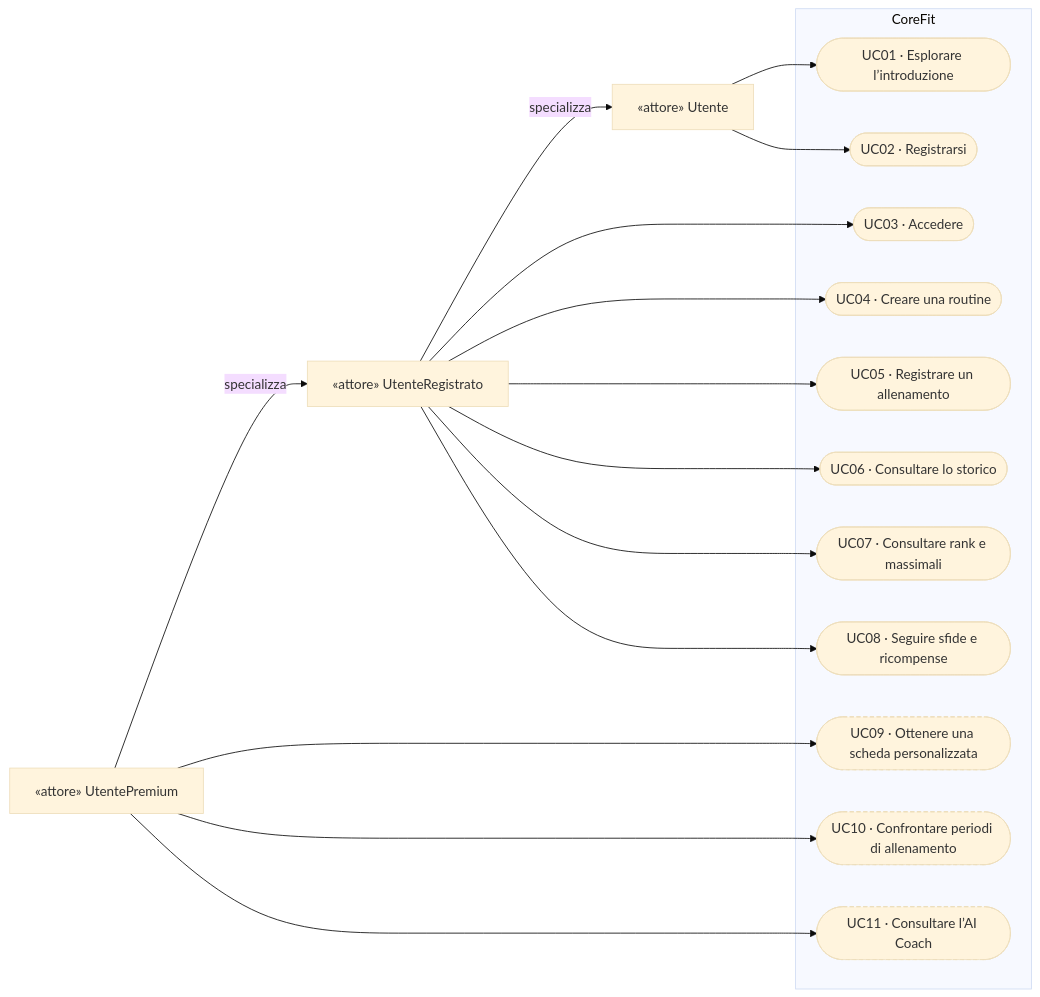
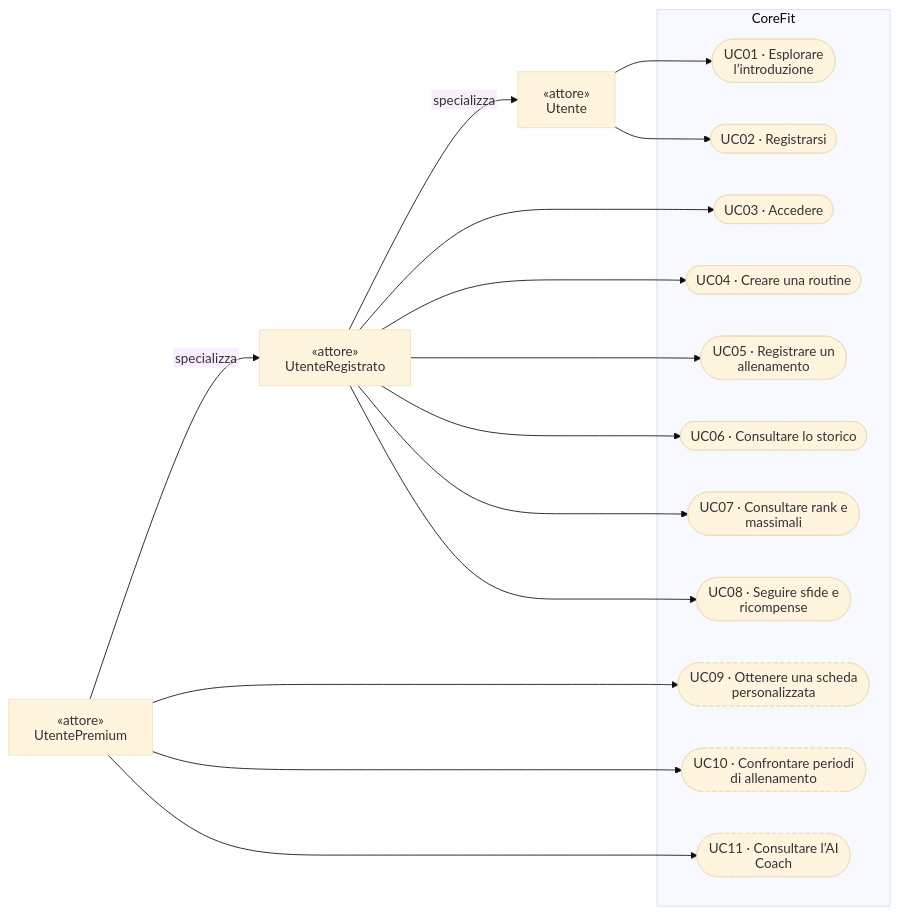
The diagram in README.md (ssirto/CoreFit), drawn with Mermaid (base theme) before and after one commit.

Commit message:
docs: show full actor names in the use case diagram

````diff
--- a/README.md
+++ b/README.md
@@ -81,37 +81,41 @@
 ```mermaid
+---
+config:
+  htmlLabels: false
+---
 flowchart LR
-    U["«attore» Utente"]
-    R["«attore» UtenteRegistrato"]
-    P["«attore» UtentePremium"]
+    U["«attore»<br/>Utente"]
+    R["«attore»<br/>UtenteRegistrato"]
+    P["«attore»<br/>UtentePremium"]
     R -->|specializza| U
     P -->|specializza| R
 
     subgraph sistema["CoreFit"]
         UC01(["UC01 · Esplorare l’introduzione"])
         UC02(["UC02 · Registrarsi"])
         UC03(["UC03 · Accedere"])
         UC04(["UC04 · Creare una routine"])
         UC05(["UC05 · Registrare un allenamento"])
         UC06(["UC06 · Consultare lo storico"])
         UC07(["UC07 · Consultare rank e massimali"])
         UC08(["UC08 · Seguire sfide e ricompense"])
         UC09(["UC09 · Ottenere una scheda personalizzata"])
         UC10(["UC10 · Confrontare periodi di allenamento"])
         UC11(["UC11 · Consultare l’AI Coach"])
     end
 
     U --> UC01
     U --> UC02
     R --> UC03
     R --> UC04
     R --> UC05
     R --> UC06
     R --> UC07
     R --> UC08
     P --> UC09
     P --> UC10
     P --> UC11
 
     classDef previsto stroke-dasharray:5 3
     class UC09,UC10,UC11 previsto
 ```
````
